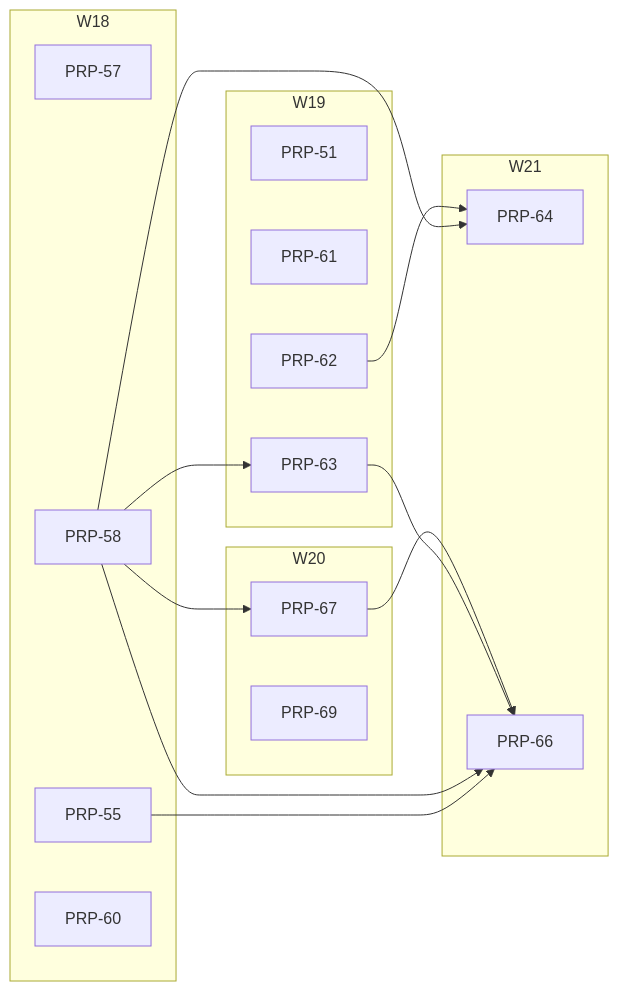
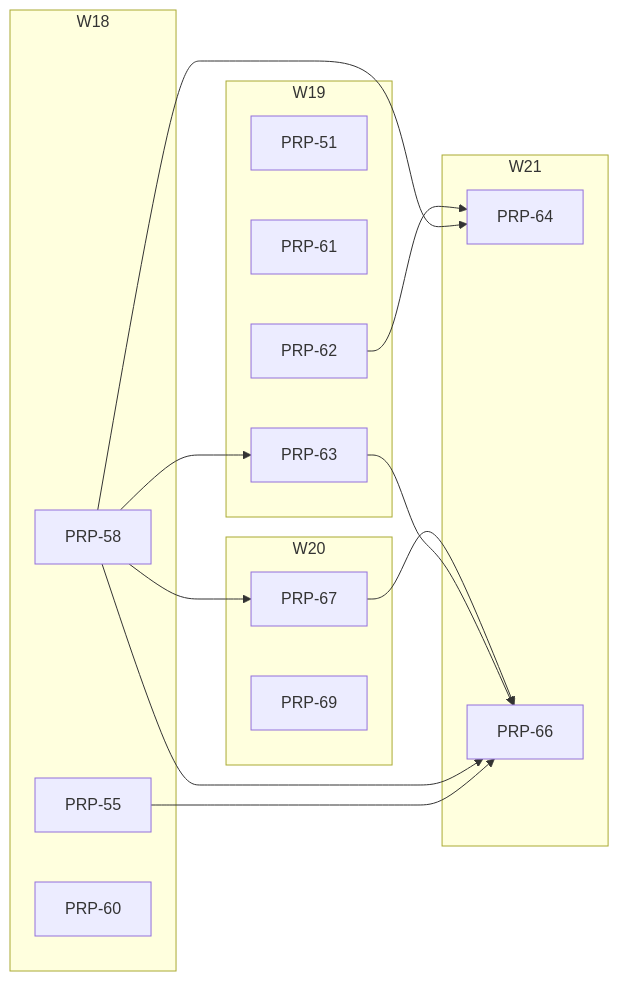
One commit to fgarofalo56/neurosphere changed the diagram in PRPs/EXECUTION-PLAN.md. Above: the diagram before and after it, drawn with Mermaid. The commit also changed other lines of this file and 4 other files, not shown here.

````diff
--- a/PRPs/EXECUTION-PLAN.md
+++ b/PRPs/EXECUTION-PLAN.md
@@ -97,31 +96,30 @@
 ```mermaid
 flowchart LR
   subgraph W18
-    P57["PRP-57"]
     P55["PRP-55"]
     P58["PRP-58"]
     P60["PRP-60"]
   end
   subgraph W19
     P51["PRP-51"]
     P61["PRP-61"]
     P62["PRP-62"]
     P63["PRP-63"]
   end
   subgraph W20
     P67["PRP-67"]
     P69["PRP-69"]
   end
   subgraph W21
     P64["PRP-64"]
     P66["PRP-66"]
   end
   P58 --> P63
   P58 --> P64
   P62 --> P64
   P55 --> P66
   P58 --> P66
   P63 --> P66
   P67 --> P66
   P58 --> P67
 ```
````
